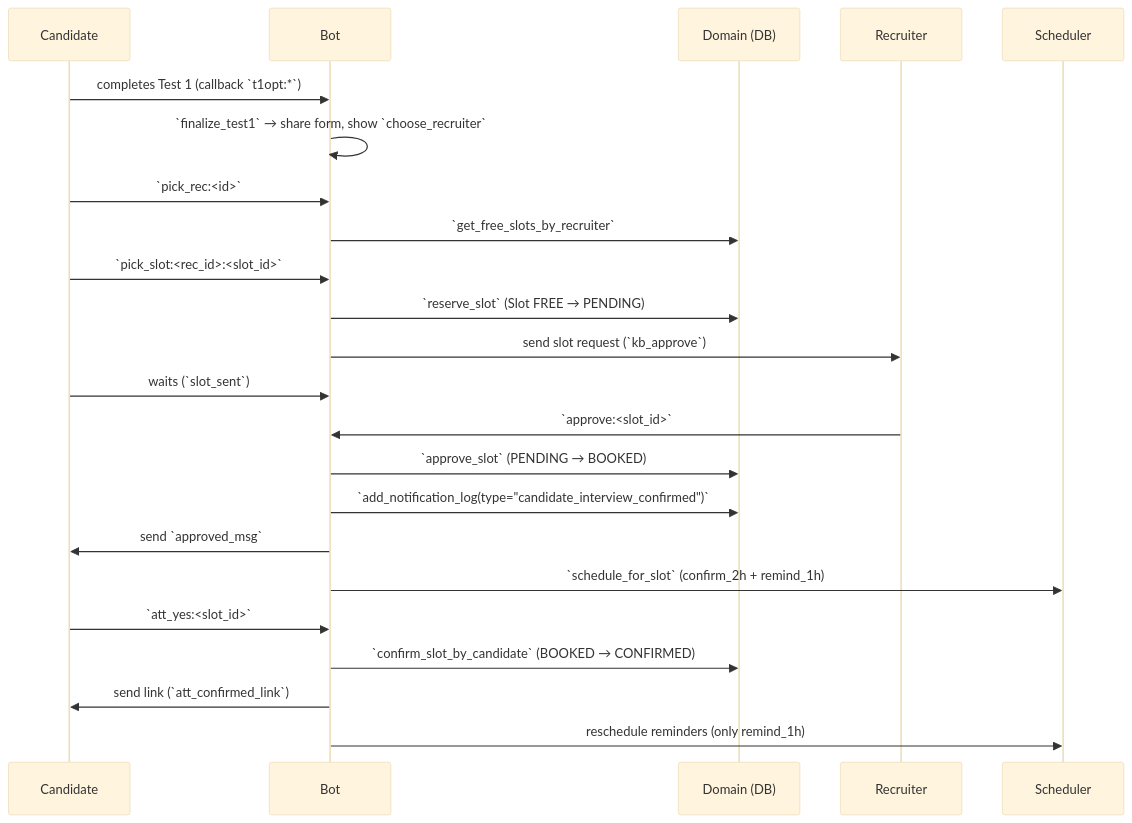
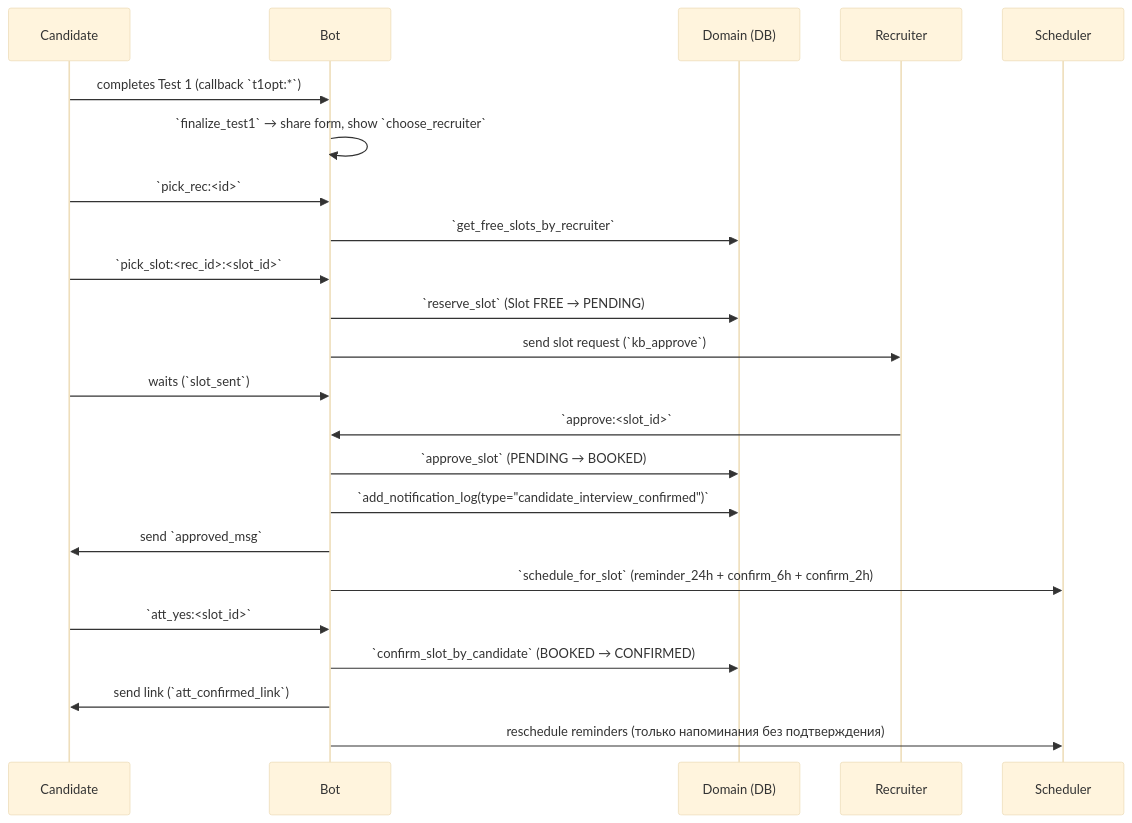
One commit to padka/HR changed the first of 4 diagrams in docs/TEST1_TRACES.md. Above: the diagram before and after it, drawn with Mermaid (base theme). The commit also changed 110 other files, not shown here.

````diff
--- a/docs/TEST1_TRACES.md
+++ b/docs/TEST1_TRACES.md
@@ -4,26 +4,26 @@
 ```mermaid
 sequenceDiagram
     participant C as Candidate
     participant B as Bot
     participant D as Domain (DB)
     participant R as Recruiter
     participant S as Scheduler
 
     C->>B: completes Test 1 (callback `t1opt:*`)
     B->>B: `finalize_test1` → share form, show `choose_recruiter`
     C->>B: `pick_rec:<id>`
     B->>D: `get_free_slots_by_recruiter`
     C->>B: `pick_slot:<rec_id>:<slot_id>`
     B->>D: `reserve_slot` (Slot FREE → PENDING)
     B->>R: send slot request (`kb_approve`)
     C->>B: waits (`slot_sent`)
     R->>B: `approve:<slot_id>`
     B->>D: `approve_slot` (PENDING → BOOKED)
     B->>D: `add_notification_log(type="candidate_interview_confirmed")`
     B->>C: send `approved_msg`
-    B->>S: `schedule_for_slot` (confirm_2h + remind_1h)
+    B->>S: `schedule_for_slot` (reminder_24h + confirm_6h + confirm_2h)
     C->>B: `att_yes:<slot_id>`
     B->>D: `confirm_slot_by_candidate` (BOOKED → CONFIRMED)
     B->>C: send link (`att_confirmed_link`)
-    B->>S: reschedule reminders (only remind_1h)
+    B->>S: reschedule reminders (только напоминания без подтверждения)
 ```
````
